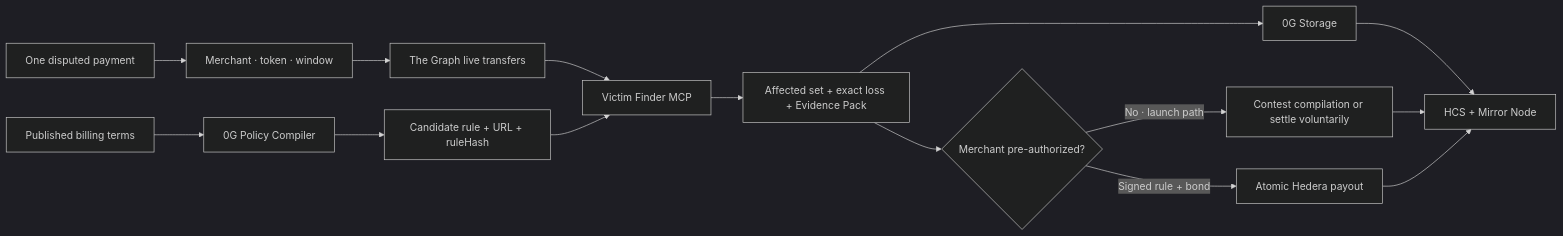
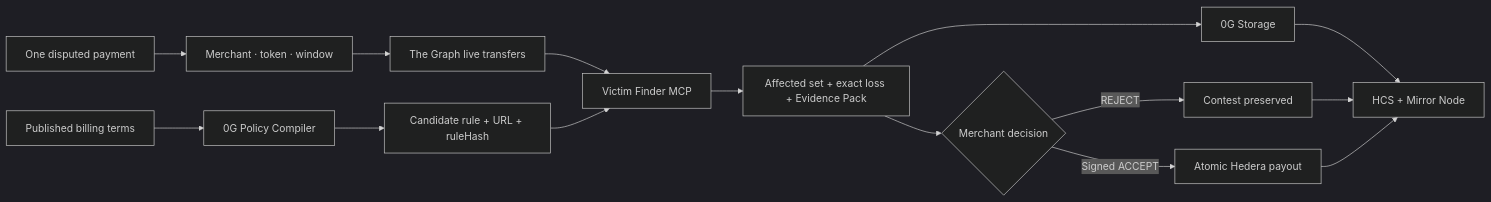
One commit to jstmepedr0/ETH-Global-2026 changed the first of 2 diagrams in BLUEPRINT.md. Above: the diagram before and after it, drawn with Mermaid (dark theme). The commit also changed other lines of this file and 4 other files, not shown here.

````diff
--- a/BLUEPRINT.md
+++ b/BLUEPRINT.md
@@ -321,17 +330,17 @@
 ```mermaid
 flowchart LR
     TX["One disputed payment"] --> SCOPE["Merchant · token · window"]
     TERMS["Published billing terms"] --> PC["0G Policy Compiler"]
     SCOPE --> GRAPH["The Graph live transfers"]
     PC --> RULE["Candidate rule + URL + ruleHash"]
     GRAPH --> FIND["Victim Finder MCP"]
     RULE --> FIND
     FIND --> E["Affected set + exact loss + Evidence Pack"]
     E --> ST["0G Storage"]
     ST --> H["HCS + Mirror Node"]
-    E --> Q{"Merchant pre-authorized?"}
-    Q -->|"No · launch path"| D["Contest compilation or settle voluntarily"]
-    Q -->|"Signed rule + bond"| P["Atomic Hedera payout"]
+    E --> Q{"Merchant decision"}
+    Q -->|"REJECT"| D["Contest preserved"]
+    Q -->|"Signed ACCEPT"| P["Atomic Hedera payout"]
     D --> H
     P --> H
 ```
````
